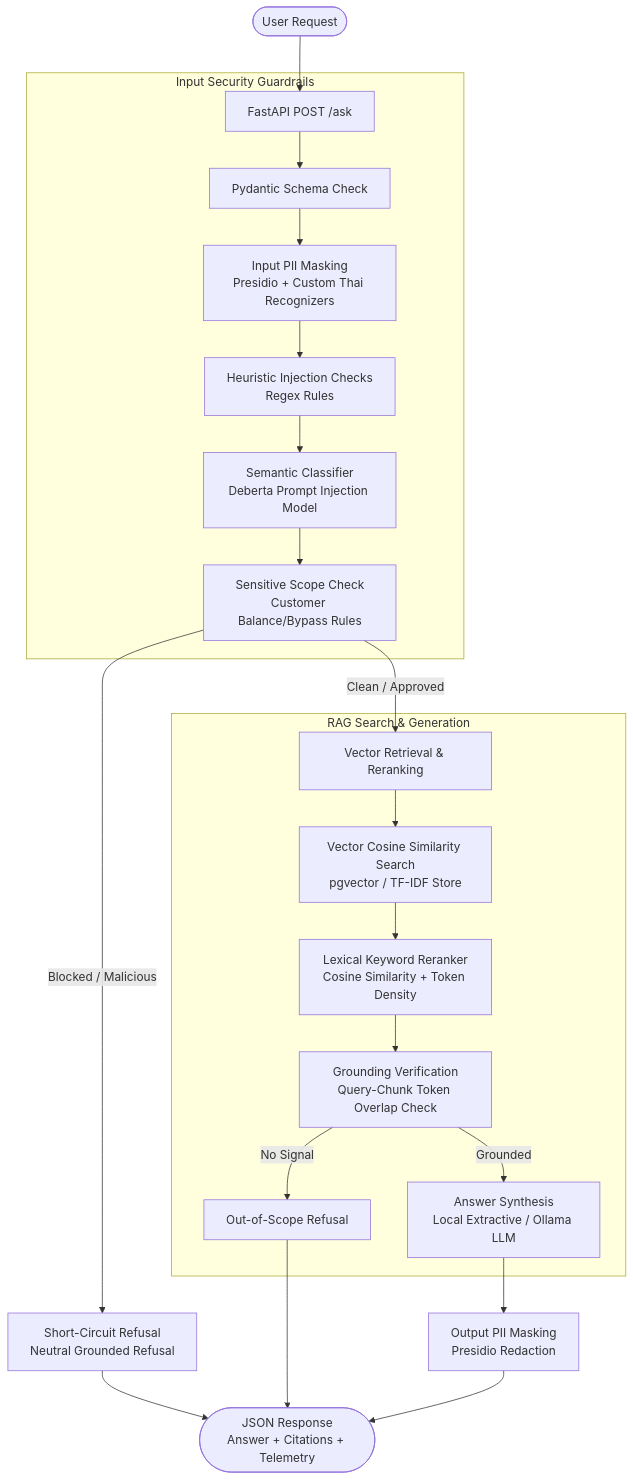
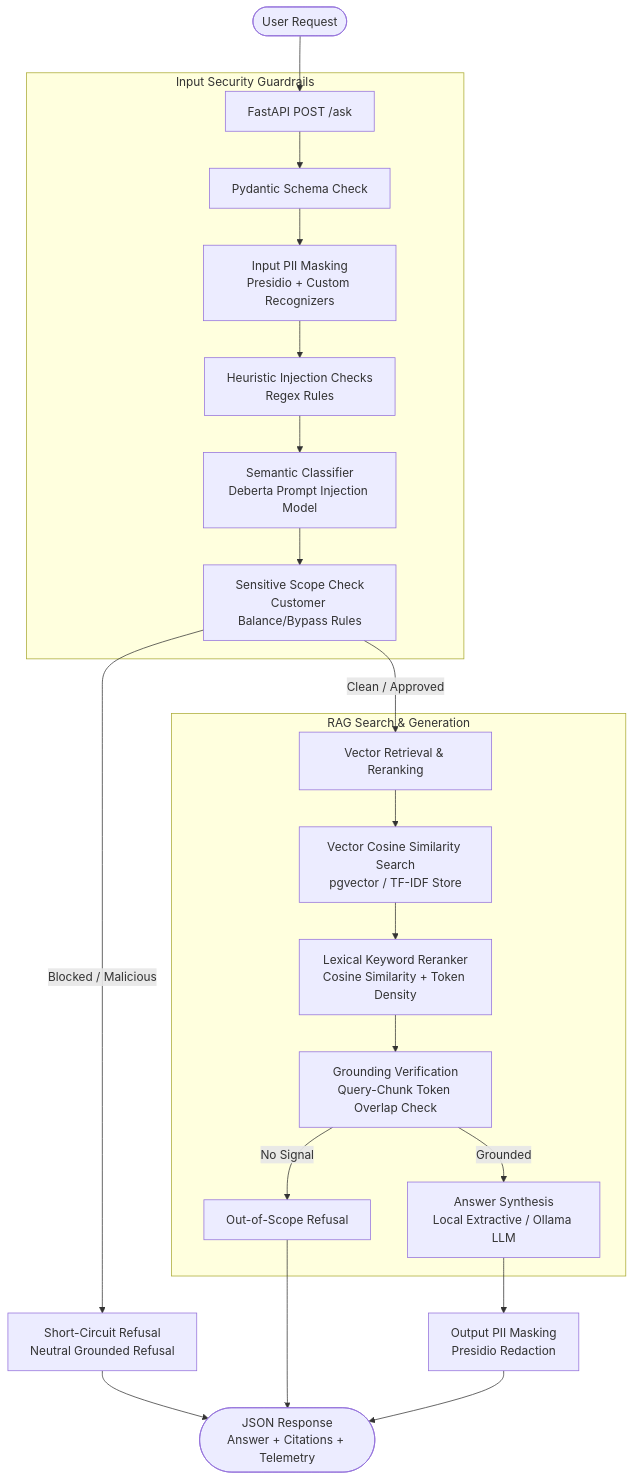
One commit to WinRafaelx/RAG-Policy-Assistant changed the diagram in README.md. Above: the diagram before and after it, drawn with Mermaid. The commit also changed other lines of this file and 2 other files, not shown here.

````diff
--- a/README.md
+++ b/README.md
@@ -13,28 +13,28 @@
 ```mermaid
 graph TD
     User([User Request]) --> API[FastAPI POST /ask]
     
     subgraph Guardrails [Input Security Guardrails]
         API --> Schema[Pydantic Schema Check]
-        Schema --> PII_In[Input PII Masking<br>Presidio + Custom Thai Recognizers]
+        Schema --> PII_In[Input PII Masking<br>Presidio + Custom Recognizers]
         PII_In --> Heuristics[Heuristic Injection Checks<br>Regex Rules]
         Heuristics --> Injection[Semantic Classifier<br>Deberta Prompt Injection Model]
         Injection --> Sensitive[Sensitive Scope Check<br>Customer Balance/Bypass Rules]
     end
 
     Sensitive -- Blocked / Malicious --> Refusal[Short-Circuit Refusal<br>Neutral Grounded Refusal]
     Sensitive -- Clean / Approved --> Retrieval[Vector Retrieval & Reranking]
 
     subgraph RAG [RAG Search & Generation]
         Retrieval --> VectorSearch[Vector Cosine Similarity Search<br>pgvector / TF-IDF Store]
         VectorSearch --> Rerank[Lexical Keyword Reranker<br>Cosine Similarity + Token Density]
         Rerank --> Grounding[Grounding Verification<br>Query-Chunk Token Overlap Check]
         Grounding -- No Signal --> OutOfScope[Out-of-Scope Refusal]
         Grounding -- Grounded --> Gen[Answer Synthesis<br>Local Extractive / Ollama LLM]
     end
 
     Gen --> PII_Out[Output PII Masking<br>Presidio Redaction]
     PII_Out --> Response([JSON Response<br>Answer + Citations + Telemetry])
     Refusal --> Response
     OutOfScope --> Response
 ```
````
